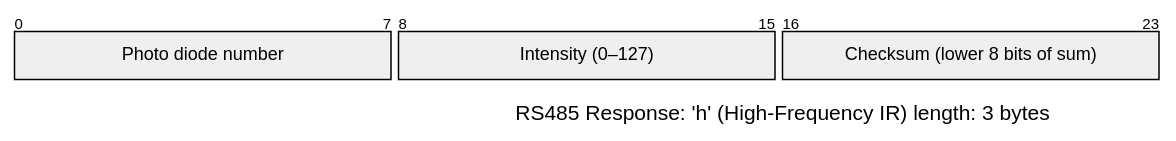
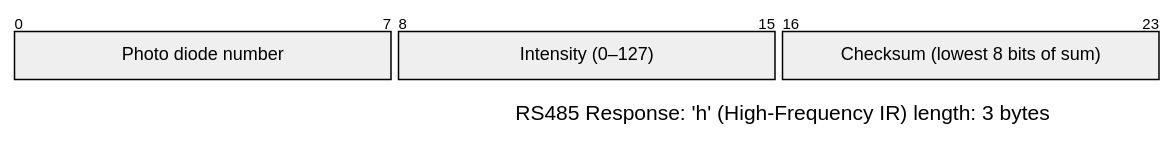
The second of 3 diagrams in README.md (libhal/vex-irb-adapter), drawn with Mermaid before and after one commit. The commit also changed other lines of this file and 1 other file, not shown here.

````diff
--- a/README.md
+++ b/README.md
@@ -228,9 +228,9 @@
 ```mermaid
 ---
 title: "RS485 Response: 'h' (High-Frequency IR) length: 3 bytes"
 ---
 packet
 0-7: "Photo diode number"
 8-15: "Intensity (0–127)"
-16-23: "Checksum (lower 8 bits of sum)"
+16-23: "Checksum (lowest 8 bits of sum)"
 ```
````
